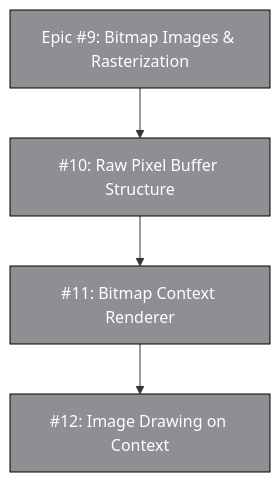
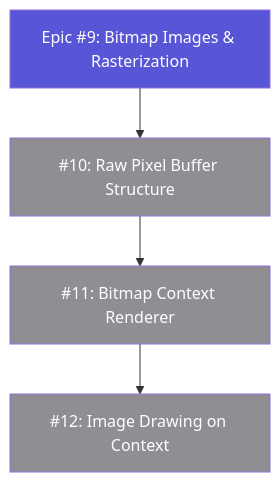
The first of 4 diagrams in docs/quartz_missing_features_issues.md (SlayerMotion/PureDraw), drawn with Mermaid before and after one commit. The commit also changed other lines of this file and 11 other files, not shown here.

First line of the commit message:
feat: implement graphics state properties and path containment checks

````diff
--- a/docs/quartz_missing_features_issues.md
+++ b/docs/quartz_missing_features_issues.md
@@ -14,16 +14,16 @@
 ```mermaid
 flowchart TB
-    classDef done fill:#34C759,stroke:#000,color:#fff
-    classDef active fill:#007AFF,stroke:#000,color:#fff
-    classDef next fill:#FFCC00,stroke:#000,color:#000
-    classDef review fill:#30B0C7,stroke:#000,color:#fff
-    classDef partial fill:#FF9500,stroke:#000,color:#fff
-    classDef todo fill:#8E8E93,stroke:#000,color:#fff
+    classDef done    fill:#34C759,color:#FFFFFF
+    classDef active  fill:#007AFF,color:#FFFFFF
+    classDef review  fill:#30B0C7,color:#FFFFFF
+    classDef next    fill:#5856D6,color:#FFFFFF
+    classDef partial fill:#FF9500,color:#FFFFFF
+    classDef todo    fill:#8E8E93,color:#FFFFFF
 
-    Epic9["Epic #9: Bitmap Images & Rasterization"]:::todo --> I10["#10: Raw Pixel Buffer Structure"]:::todo --> I11["#11: Bitmap Context Renderer"]:::todo --> I12["#12: Image Drawing on Context"]:::todo
+    Epic9["Epic #9: Bitmap Images & Rasterization"]:::next --> I10["#10: Raw Pixel Buffer Structure"]:::todo --> I11["#11: Bitmap Context Renderer"]:::todo --> I12["#12: Image Drawing on Context"]:::todo
 
     click Epic9 href "https://github.com/mihaelamj/PureDraw/issues/9" "Epic #9"
     click I10 href "https://github.com/mihaelamj/PureDraw/issues/10" "Issue #10"
     click I11 href "https://github.com/mihaelamj/PureDraw/issues/11" "Issue #11"
     click I12 href "https://github.com/mihaelamj/PureDraw/issues/12" "Issue #12"
 ```
````
